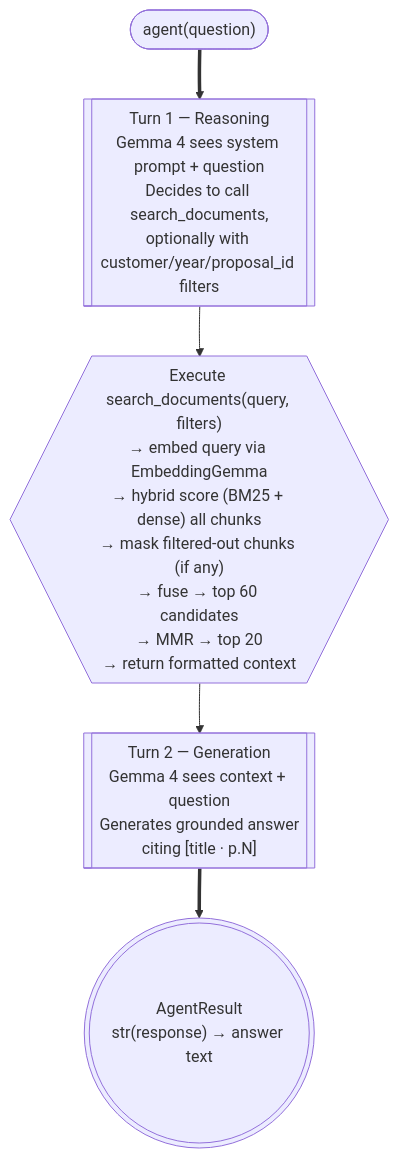
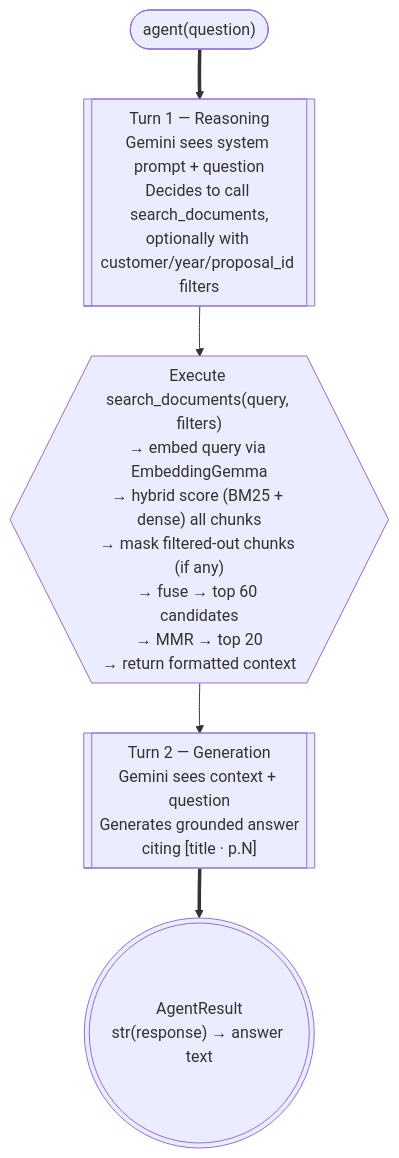
One commit to AWDubs/Local-RAG changed the second of 4 diagrams in docs/implementation/query-flow.md. Above: the diagram before and after it, drawn with Mermaid. The commit also changed other lines of this file and 11 other files, not shown here.

````diff
--- a/docs/implementation/query-flow.md
+++ b/docs/implementation/query-flow.md
@@ -74,16 +75,16 @@
 ```mermaid
 flowchart TD
     accTitle: Strands agent loop for RAG
     accDescr: The agent receives the question, calls search_documents, receives context, then generates a final answer.
 
     start_n@{ shape: stadium, label: "agent(question)" }
-    turn1@{ shape: subproc, label: "Turn 1 — Reasoning\nGemma 4 sees system prompt + question\nDecides to call search_documents,\noptionally with customer/year/proposal_id filters" }
+    turn1@{ shape: subproc, label: "Turn 1 — Reasoning\nGemini sees system prompt + question\nDecides to call search_documents,\noptionally with customer/year/proposal_id filters" }
     tool_exec@{ shape: hex, label: "Execute search_documents(query, filters)\n→ embed query via EmbeddingGemma\n→ hybrid score (BM25 + dense) all chunks\n→ mask filtered-out chunks (if any)\n→ fuse → top 60 candidates\n→ MMR → top 20\n→ return formatted context" }
-    turn2@{ shape: subproc, label: "Turn 2 — Generation\nGemma 4 sees context + question\nGenerates grounded answer\nciting [title · p.N]" }
+    turn2@{ shape: subproc, label: "Turn 2 — Generation\nGemini sees context + question\nGenerates grounded answer\nciting [title · p.N]" }
     done_n@{ shape: dbl-circ, label: "AgentResult\nstr(response) → answer text" }
 
     start_n ==> turn1
     turn1 --> tool_exec
     tool_exec --> turn2
     turn2 ==> done_n
 ```
````
